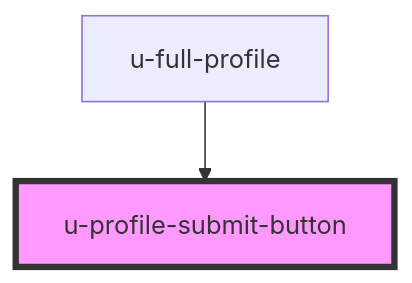
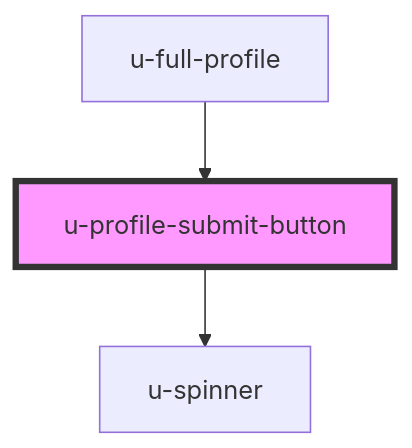
Before and after one commit to UnidyID/unidy-sdk: the diagram in packages/sdk/src/profile/components/unidy-submit-button/readme.md, drawn with Mermaid. The commit also changed 25 other files, not shown here.

````diff
--- a/packages/sdk/src/profile/components/unidy-submit-button/readme.md
+++ b/packages/sdk/src/profile/components/unidy-submit-button/readme.md
@@ -22,5 +22,6 @@
 ```mermaid
 graph TD;
   u-full-profile --> u-profile-submit-button
+  u-profile-submit-button --> u-spinner
   style u-profile-submit-button fill:#f9f,stroke:#333,stroke-width:4px
 ```
````
